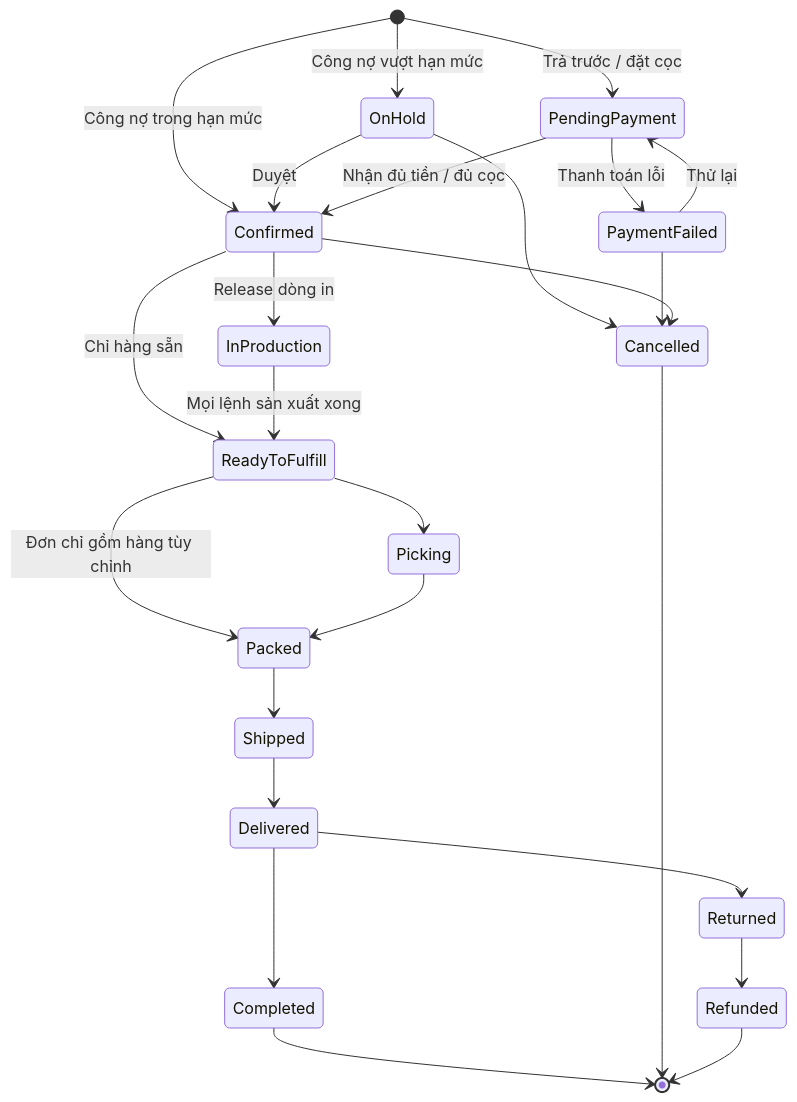
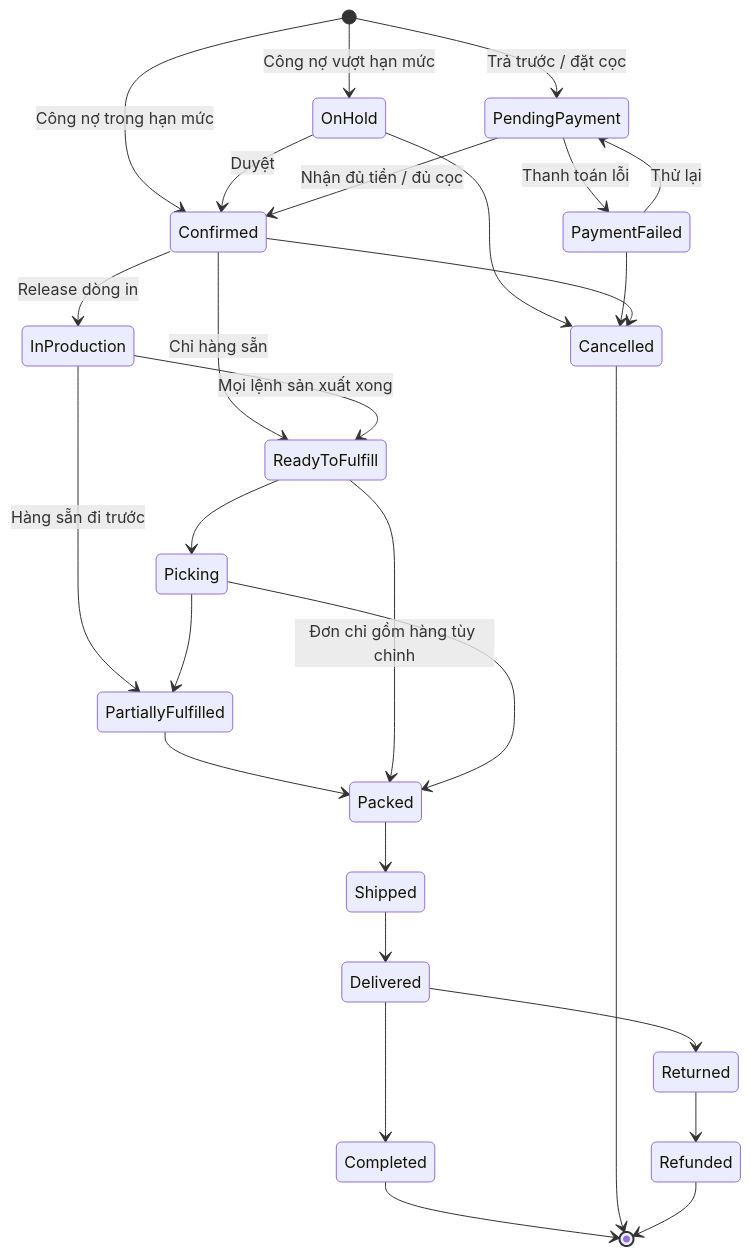
Before and after one commit to KLTN-FA26/docs: the second of 2 diagrams in docs/ecommerce/14-cart-and-order/README.md, drawn with Mermaid. The commit also changed other lines of this file and 12 other files, not shown here.

````diff
--- a/docs/ecommerce/14-cart-and-order/README.md
+++ b/docs/ecommerce/14-cart-and-order/README.md
@@ -134,27 +135,30 @@
 ```mermaid
 stateDiagram-v2
     [*] --> PendingPayment: Trả trước / đặt cọc
     [*] --> Confirmed: Công nợ trong hạn mức
     [*] --> OnHold: Công nợ vượt hạn mức
     OnHold --> Confirmed: Duyệt
     OnHold --> Cancelled
     PendingPayment --> Confirmed: Nhận đủ tiền / đủ cọc
     PendingPayment --> PaymentFailed: Thanh toán lỗi
     PaymentFailed --> PendingPayment: Thử lại
     PaymentFailed --> Cancelled
     Confirmed --> InProduction: Release dòng in
     Confirmed --> ReadyToFulfill: Chỉ hàng sẵn
     InProduction --> ReadyToFulfill: Mọi lệnh sản xuất xong
+    InProduction --> PartiallyFulfilled: Hàng sẵn đi trước
     ReadyToFulfill --> Picking
+    Picking --> PartiallyFulfilled
+    PartiallyFulfilled --> Packed
     ReadyToFulfill --> Packed: Đơn chỉ gồm hàng tùy chỉnh
     Picking --> Packed
     Packed --> Shipped
     Shipped --> Delivered
     Delivered --> Completed
     Confirmed --> Cancelled
     Delivered --> Returned
     Returned --> Refunded
     Completed --> [*]
     Cancelled --> [*]
     Refunded --> [*]
 ```
````
